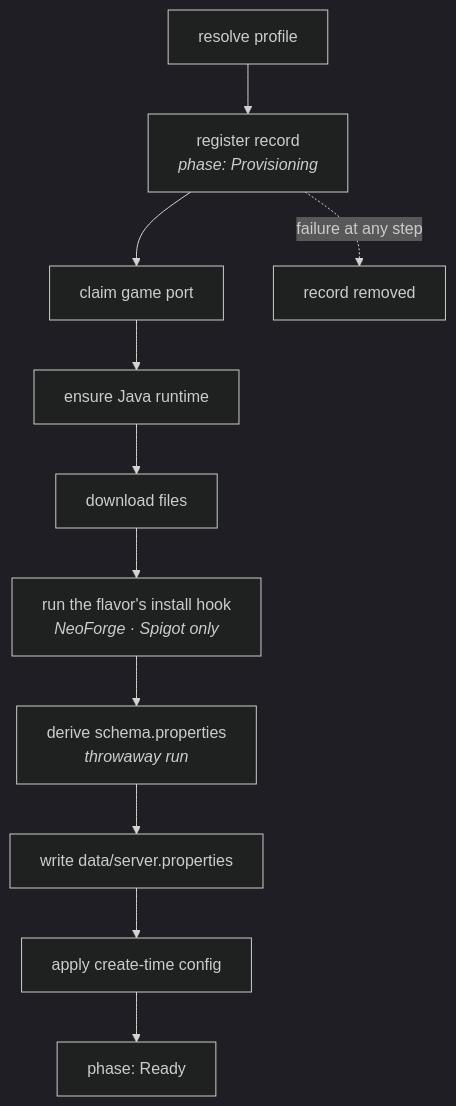
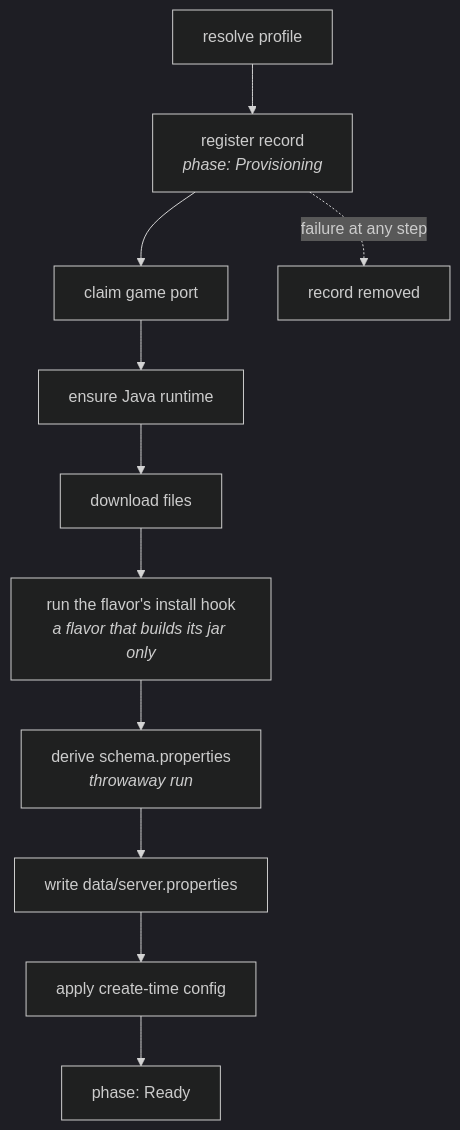
One commit to prytaneum/hestia changed the second of 5 diagrams in docs/architecture/entries.md. Above: the diagram before and after it, drawn with Mermaid (dark theme). The commit also changed 9 other files, not shown here.

Commit message:
docs: describe vanilla as the only built-in flavor

````diff
--- a/docs/architecture/entries.md
+++ b/docs/architecture/entries.md
@@ -119,14 +119,14 @@
 ```mermaid
 flowchart TD
     R["resolve profile"] --> REG["register record<br/><i>phase: Provisioning</i>"]
     REG --> PORT["claim game port"]
     PORT --> JAVA["ensure Java runtime"]
     JAVA --> FETCH["download files"]
-    FETCH --> INSTALL["run the flavor's install hook<br/><i>NeoForge · Spigot only</i>"]
+    FETCH --> INSTALL["run the flavor's install hook<br/><i>a flavor that builds its jar only</i>"]
     INSTALL --> SCHEMA["derive schema.properties<br/><i>throwaway run</i>"]
     SCHEMA --> PROPS["write data/server.properties"]
     PROPS --> CFG["apply create-time config"]
     CFG --> READY["phase: Ready"]
 
     REG -.->|"failure at any step"| DISCARD["record removed"]
 ```
````
